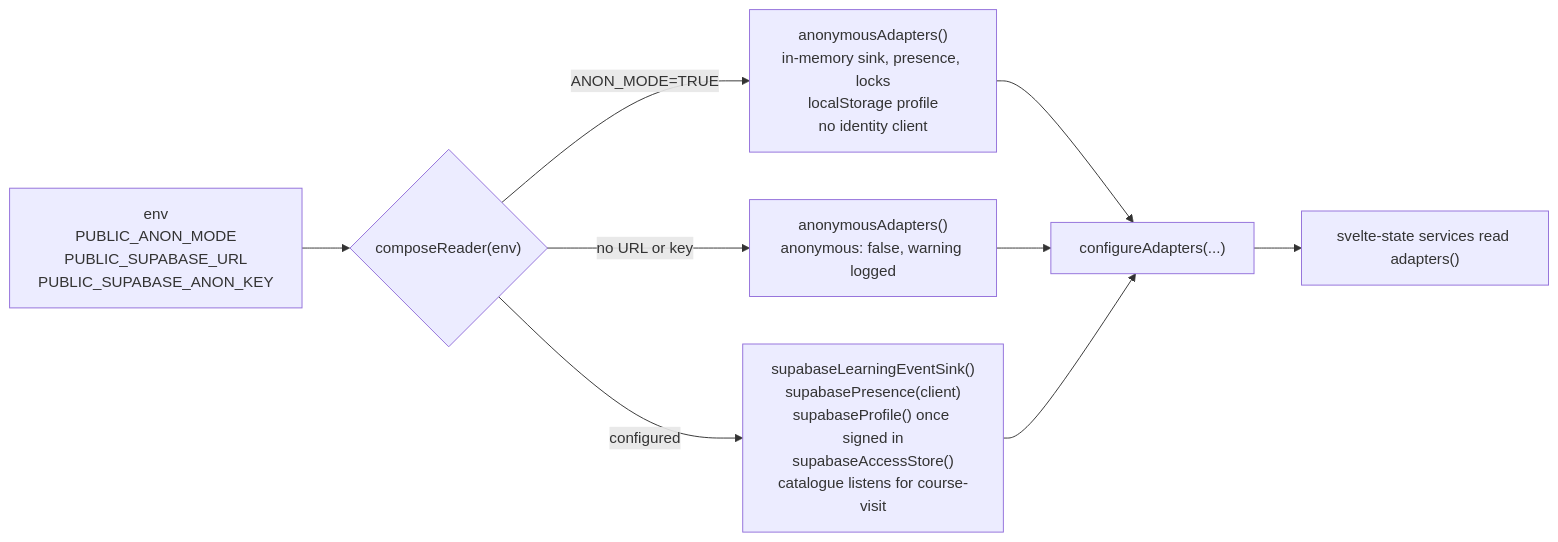
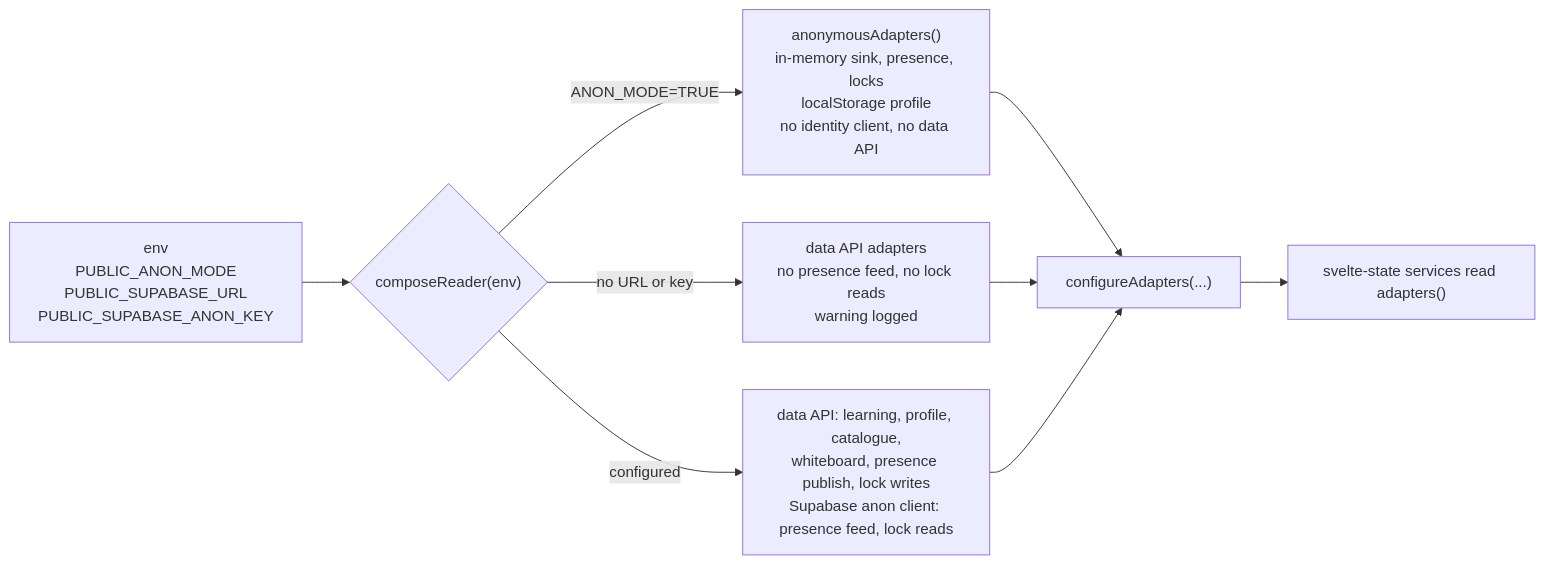
One commit to tutors-sdk/tutors-mono-repo changed the sixth of 15 diagrams in ARCHITECTURE.md. Above: the diagram before and after it, drawn with Mermaid. The commit also changed other lines of this file and 25 other files, not shown here.

````diff
--- a/ARCHITECTURE.md
+++ b/ARCHITECTURE.md
@@ -370,9 +383,9 @@
 ```mermaid
 flowchart LR
   env["env<br/>PUBLIC_ANON_MODE<br/>PUBLIC_SUPABASE_URL<br/>PUBLIC_SUPABASE_ANON_KEY"] --> compose{"composeReader(env)"}
-  compose -- "ANON_MODE=TRUE" --> anon["anonymousAdapters()<br/>in-memory sink, presence, locks<br/>localStorage profile<br/>no identity client"]
-  compose -- "no URL or key" --> unconfigured["anonymousAdapters()<br/>anonymous: false, warning logged"]
-  compose -- "configured" --> live["supabaseLearningEventSink()<br/>supabasePresence(client)<br/>supabaseProfile() once signed in<br/>supabaseAccessStore()<br/>catalogue listens for course-visit"]
-  anon & unconfigured & live --> install["configureAdapters(...)"]
+  compose -- "ANON_MODE=TRUE" --> anon["anonymousAdapters()<br/>in-memory sink, presence, locks<br/>localStorage profile<br/>no identity client, no data API"]
+  compose -- "no URL or key" --> unconfigured["data API adapters<br/>no presence feed, no lock reads<br/>warning logged"]
+  compose -- "configured" --> served["data API: learning, profile, catalogue,<br/>whiteboard, presence publish, lock writes<br/>Supabase anon client: presence feed, lock reads"]
+  anon & unconfigured & served --> install["configureAdapters(...)"]
   install --> services["svelte-state services read adapters()"]
 ```
````
